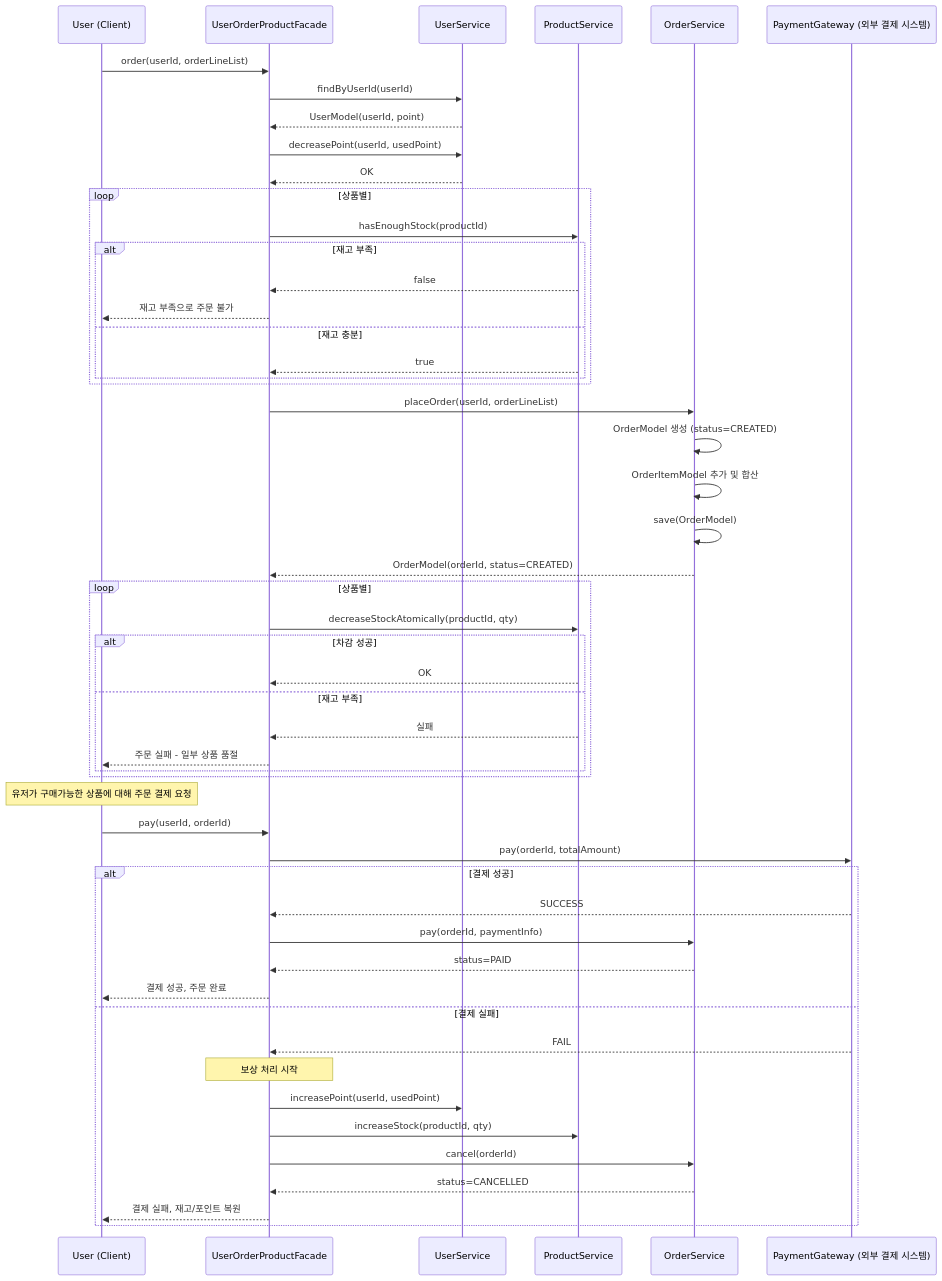
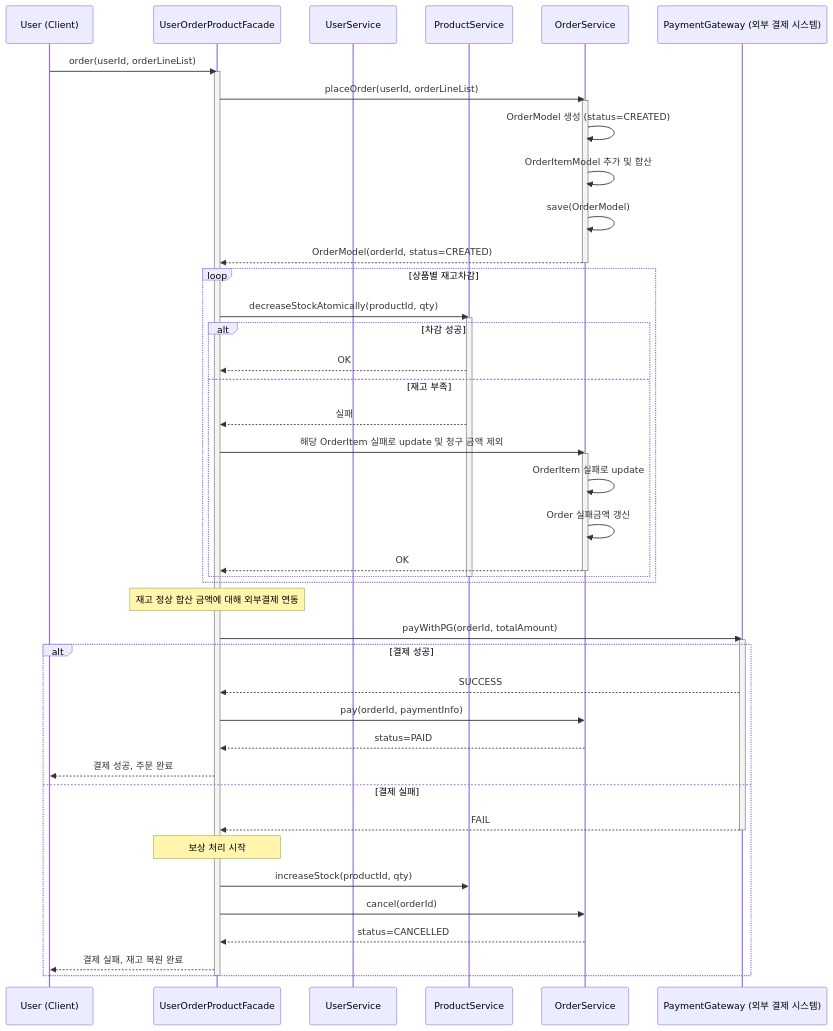
Before and after one commit to Loopers-dev-lab/loopers-spring-java-template: the fourth of 5 diagrams in docs/week2/02-sequence-diagrams.md, drawn with Mermaid. The commit also changed other lines of this file, not shown here.

Commit message:
fix : 주문 생성 및 결제 흐름 시퀀스 다이어그램 보완 - 주문 전 재고상태 선조회 - 주문 생성 및 결제 흐름(외부 결제 시스템 연동) - 주문 생성 및 결제 흐름(내부 포인트 이용)

````diff
--- a/docs/week2/02-sequence-diagrams.md
+++ b/docs/week2/02-sequence-diagrams.md
@@ -121,66 +151,62 @@
 ```mermaid
 sequenceDiagram
     participant U as User (Client)
     participant F as UserOrderProductFacade
     participant US as UserService
     participant PS as ProductService
     participant OS as OrderService
     participant PG as PaymentGateway (외부 결제 시스템)
 
-%% [1] 유저가 주문 요청
     U->>F: order(userId, orderLineList)
-
-%% [2] 유저 검증 및 포인트 확인
-    F->>US: findByUserId(userId)
-    US-->>F: UserModel(userId, point)
-    F->>US: decreasePoint(userId, usedPoint)
-    US-->>F: OK
-
-%% [3] 상품 재고 검증
-    loop 상품별
-        F->>PS: hasEnoughStock(productId)
-        alt 재고 부족
-            PS-->>F: false
-            F-->>U: 재고 부족으로 주문 불가
-        else 재고 충분
-            PS-->>F: true
-        end
-    end
-
+    activate F
 %% [4] 주문 생성 및 저장
     F->>OS: placeOrder(userId, orderLineList)
+    activate OS
     OS->>OS: OrderModel 생성 (status=CREATED)
     OS->>OS: OrderItemModel 추가 및 합산
     OS->>OS: save(OrderModel)
     OS-->>F: OrderModel(orderId, status=CREATED)
-
+    deactivate OS   
+    
 %% [5] 재고 차감
-    loop 상품별
+    loop 상품별 재고차감
         F->>PS: decreaseStockAtomically(productId, qty)
+        activate PS
         alt 차감 성공
             PS-->>F: OK
         else 재고 부족
             PS-->>F: 실패
-            F-->>U: 주문 실패 - 일부 상품 품절
+            %% F-->>U: 주문 실패 - 일부 상품 품절
+            F->>OS: 해당 OrderItem 실패로 update 및 청구 금액 제외
+            activate OS
+            OS->>OS: OrderItem 실패로 update
+            OS->>OS: Order 실패금액 갱신
+            OS-->>F: OK
+            deactivate OS
         end
+        deactivate PS
     end
 
 %% [6] 외부 결제 호출
-    Note over U:유저가 구매가능한 상품에 대해 주문 결제 요청
-    U->>F: pay(userId, orderId)
-    F->>PG: pay(orderId, totalAmount)
+    Note over F: 재고 정상 합산 금액에 대해 외부결제 연동
+    %% U->>F: pay(userId, orderId)
+    F->>PG: payWithPG(orderId, totalAmount)
+    activate PG
     alt 결제 성공
         PG-->>F: SUCCESS
         F->>OS: pay(orderId, paymentInfo)
         OS-->>F: status=PAID
         F-->>U: 결제 성공, 주문 완료
     else 결제 실패
         PG-->>F: FAIL
+        deactivate PG
+        
         Note over F: 보상 처리 시작
-        F->>US: increasePoint(userId, usedPoint)
+        %% F->>US: increasePoint(userId, usedPoint)
         F->>PS: increaseStock(productId, qty)
         F->>OS: cancel(orderId)
         OS-->>F: status=CANCELLED
-        F-->>U: 결제 실패, 재고/포인트 복원
+        F-->>U: 결제 실패, 재고 복원 완료
     end
+    deactivate F
 ```
````
